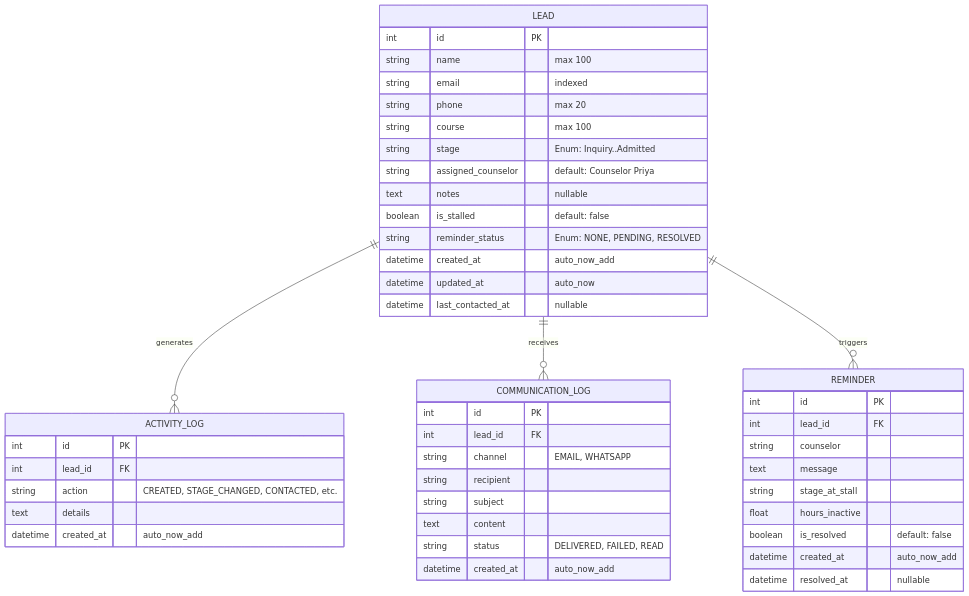
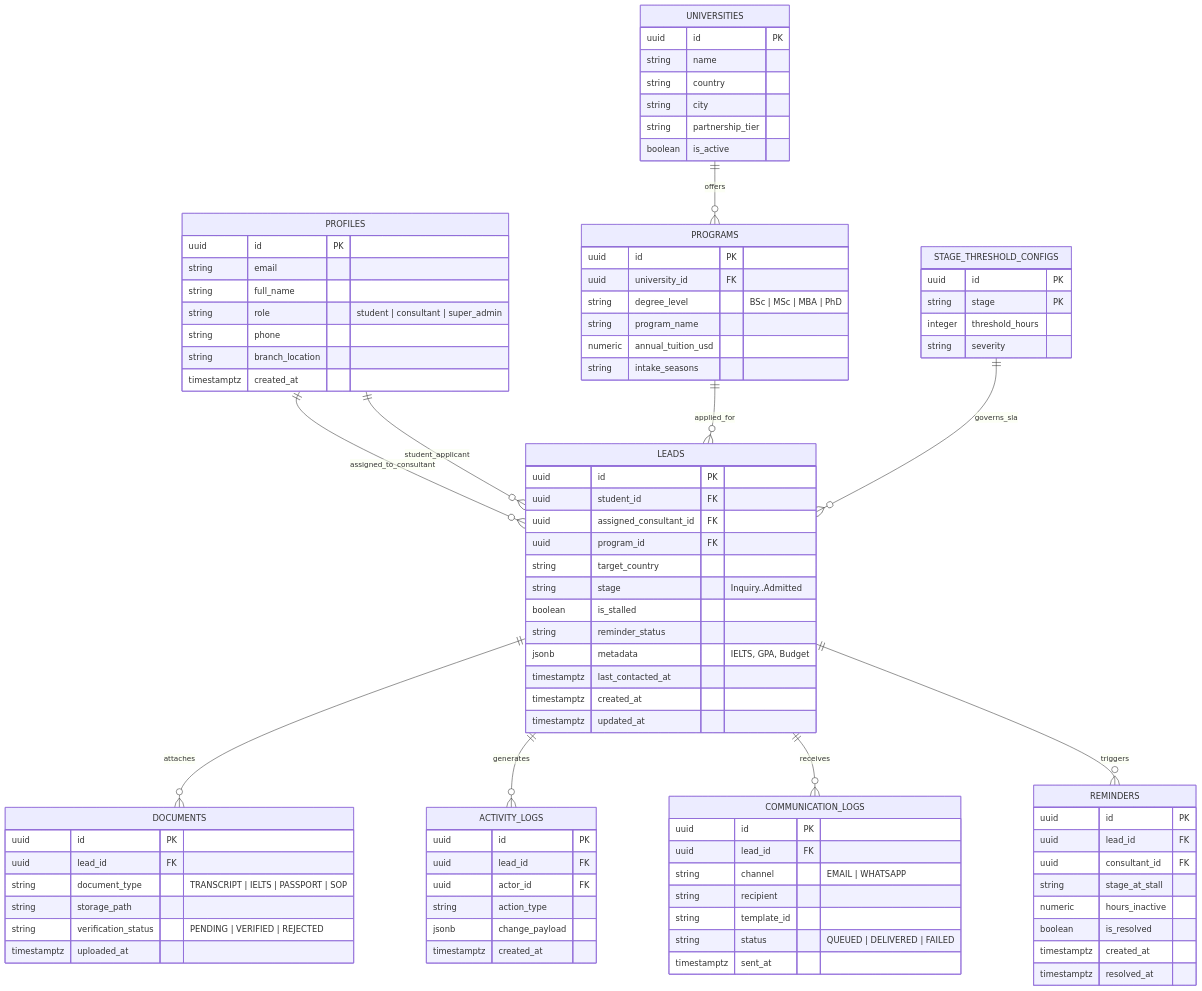
Before and after one commit to AAYU688AAYU/lead_tracker: the sixth of 7 diagrams in README.md, drawn with Mermaid. The commit also changed other lines of this file, not shown here.

Commit message:
docs: update README with Next.js 15 and Supabase serverless CRM architecture specification

````diff
--- a/README.md
+++ b/README.md
@@ -162,53 +397,101 @@
 ```mermaid
 erDiagram
-    LEAD ||--o{ ACTIVITY_LOG : "generates"
-    LEAD ||--o{ COMMUNICATION_LOG : "receives"
-    LEAD ||--o{ REMINDER : "triggers"
+    PROFILES ||--o{ LEADS : "assigned_to_consultant"
+    PROFILES ||--o{ LEADS : "student_applicant"
+    UNIVERSITIES ||--o{ PROGRAMS : "offers"
+    PROGRAMS ||--o{ LEADS : "applied_for"
+    LEADS ||--o{ DOCUMENTS : "attaches"
+    LEADS ||--o{ ACTIVITY_LOGS : "generates"
+    LEADS ||--o{ COMMUNICATION_LOGS : "receives"
+    LEADS ||--o{ REMINDERS : "triggers"
+    STAGE_THRESHOLD_CONFIGS ||--o{ LEADS : "governs_sla"
 
-    LEAD {
-        int id PK
-        string name "max 100"
-        string email "indexed"
-        string phone "max 20"
-        string course "max 100"
-        string stage "Enum: Inquiry..Admitted"
-        string assigned_counselor "default: Counselor Priya"
-        text notes "nullable"
-        boolean is_stalled "default: false"
-        string reminder_status "Enum: NONE, PENDING, RESOLVED"
-        datetime created_at "auto_now_add"
-        datetime updated_at "auto_now"
-        datetime last_contacted_at "nullable"
+    PROFILES {
+        uuid id PK
+        string email
+        string full_name
+        string role "student | consultant | super_admin"
+        string phone
+        string branch_location
+        timestamptz created_at
     }
 
-    ACTIVITY_LOG {
-        int id PK
-        int lead_id FK
-        string action "CREATED, STAGE_CHANGED, CONTACTED, etc."
-        text details
-        datetime created_at "auto_now_add"
+    UNIVERSITIES {
+        uuid id PK
+        string name
+        string country
+        string city
+        string partnership_tier
+        boolean is_active
     }
 
-    COMMUNICATION_LOG {
-        int id PK
-        int lead_id FK
-        string channel "EMAIL, WHATSAPP"
-        string recipient
-        string subject
-        text content
-        string status "DELIVERED, FAILED, READ"
-        datetime created_at "auto_now_add"
+    PROGRAMS {
+        uuid id PK
+        uuid university_id FK
+        string degree_level "BSc | MSc | MBA | PhD"
+        string program_name
+        numeric annual_tuition_usd
+        string intake_seasons
     }
 
-    REMINDER {
-        int id PK
-        int lead_id FK
-        string counselor
-        text message
+    LEADS {
+        uuid id PK
+        uuid student_id FK
+        uuid assigned_consultant_id FK
+        uuid program_id FK
+        string target_country
+        string stage "Inquiry..Admitted"
+        boolean is_stalled
+        string reminder_status
+        jsonb metadata "IELTS, GPA, Budget"
+        timestamptz last_contacted_at
+        timestamptz created_at
+        timestamptz updated_at
+    }
+
+    DOCUMENTS {
+        uuid id PK
+        uuid lead_id FK
+        string document_type "TRANSCRIPT | IELTS | PASSPORT | SOP"
+        string storage_path
+        string verification_status "PENDING | VERIFIED | REJECTED"
+        timestamptz uploaded_at
+    }
+
+    ACTIVITY_LOGS {
+        uuid id PK
+        uuid lead_id FK
+        uuid actor_id FK
+        string action_type
+        jsonb change_payload
+        timestamptz created_at
+    }
+
+    COMMUNICATION_LOGS {
+        uuid id PK
+        uuid lead_id FK
+        string channel "EMAIL | WHATSAPP"
+        string recipient
+        string template_id
+        string status "QUEUED | DELIVERED | FAILED"
+        timestamptz sent_at
+    }
+
+    REMINDERS {
+        uuid id PK
+        uuid lead_id FK
+        uuid consultant_id FK
         string stage_at_stall
-        float hours_inactive
-        boolean is_resolved "default: false"
-        datetime created_at "auto_now_add"
-        datetime resolved_at "nullable"
+        numeric hours_inactive
+        boolean is_resolved
+        timestamptz created_at
+        timestamptz resolved_at
+    }
+
+    STAGE_THRESHOLD_CONFIGS {
+        uuid id PK
+        string stage PK
+        integer threshold_hours
+        string severity
     }
 ```
````
